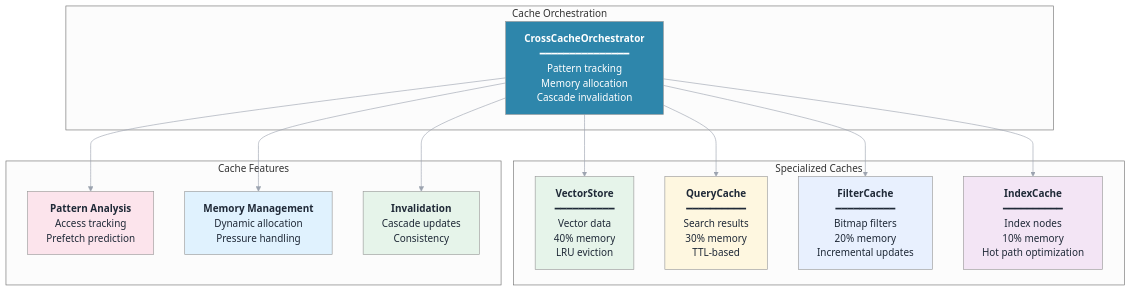
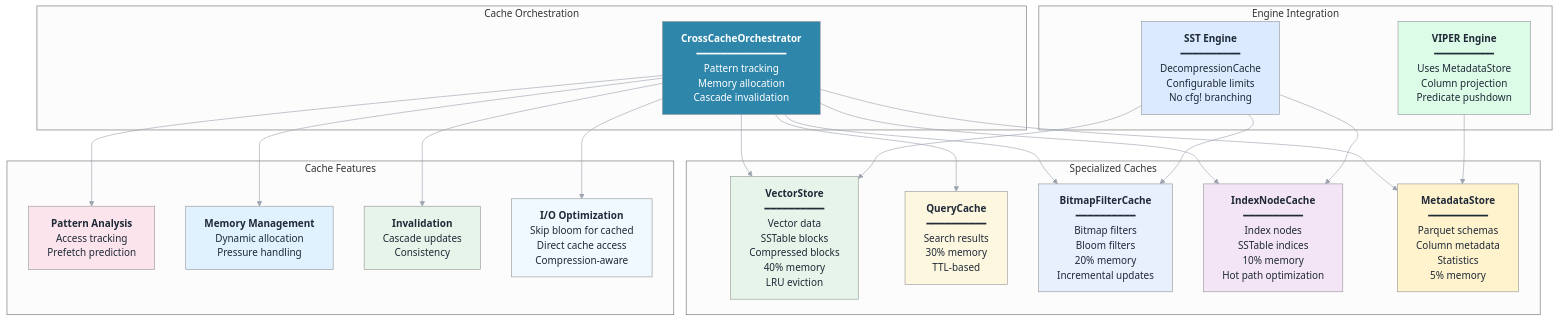
The diagram in docs/diagrams/technical-cache-architecture.mmd (vjsingh1984/proximaDB), drawn with Mermaid before and after one commit. The commit also changed 250 other files, not shown here.

```diff
--- a/docs/diagrams/technical-cache-architecture.mmd
+++ b/docs/diagrams/technical-cache-architecture.mmd
@@ -1,41 +1,64 @@
 %%{init: {'theme':'neutral', 'themeVariables': {'primaryColor':'#3b82f6','primaryTextColor':'#1f2937','primaryBorderColor':'#6b7280','lineColor':'#9ca3af','secondaryColor':'#10b981','tertiaryColor':'#f59e0b','background':'transparent','mainBkg':'#f3f4f6','secondBkg':'#e5e7eb','textColor':'#1f2937'}}}%%
 graph TB
     subgraph "Cache Orchestration"
         Orchestrator[<b>CrossCacheOrchestrator</b><br/>━━━━━━━━━━━━━━━<br/>Pattern tracking<br/>Memory allocation<br/>Cascade invalidation]
     end
     
     subgraph "Specialized Caches"
-        VectorCache[<b>VectorStore</b><br/>━━━━━━━━━━<br/>Vector data<br/>40% memory<br/>LRU eviction]
+        VectorCache[<b>VectorStore</b><br/>━━━━━━━━━━<br/>Vector data<br/>SSTable blocks<br/>Compressed blocks<br/>40% memory<br/>LRU eviction]
         
         QueryCache[<b>QueryCache</b><br/>━━━━━━━━━━<br/>Search results<br/>30% memory<br/>TTL-based]
         
-        FilterCache[<b>FilterCache</b><br/>━━━━━━━━━━<br/>Bitmap filters<br/>20% memory<br/>Incremental updates]
+        FilterCache[<b>BitmapFilterCache</b><br/>━━━━━━━━━━<br/>Bitmap filters<br/>Bloom filters<br/>20% memory<br/>Incremental updates]
         
-        IndexCache[<b>IndexCache</b><br/>━━━━━━━━━━<br/>Index nodes<br/>10% memory<br/>Hot path optimization]
+        IndexCache[<b>IndexNodeCache</b><br/>━━━━━━━━━━<br/>Index nodes<br/>SSTable indices<br/>10% memory<br/>Hot path optimization]
+        
+        MetadataCache[<b>MetadataStore</b><br/>━━━━━━━━━━<br/>Parquet schemas<br/>Column metadata<br/>Statistics<br/>5% memory]
+    end
+    
+    subgraph "Engine Integration"
+        SSTEngine[<b>SST Engine</b><br/>━━━━━━━━━━<br/>DecompressionCache<br/>Configurable limits<br/>No cfg! branching]
+        
+        VIPEREngine[<b>VIPER Engine</b><br/>━━━━━━━━━━<br/>Uses MetadataStore<br/>Column projection<br/>Predicate pushdown]
+        
     end
     
     subgraph "Cache Features"
         Pattern[<b>Pattern Analysis</b><br/>Access tracking<br/>Prefetch prediction]
         
         Memory[<b>Memory Management</b><br/>Dynamic allocation<br/>Pressure handling]
         
         Invalidation[<b>Invalidation</b><br/>Cascade updates<br/>Consistency]
+        
+        Optimization[<b>I/O Optimization</b><br/>Skip bloom for cached<br/>Direct cache access<br/>Compression-aware]
     end
     
     Orchestrator --> VectorCache
     Orchestrator --> QueryCache
     Orchestrator --> FilterCache
     Orchestrator --> IndexCache
+    Orchestrator --> MetadataCache
+    
+    SSTEngine --> VectorCache
+    SSTEngine --> IndexCache
+    SSTEngine --> FilterCache
+    
+    VIPEREngine --> MetadataCache
     
     Orchestrator --> Pattern
     Orchestrator --> Memory
     Orchestrator --> Invalidation
+    Orchestrator --> Optimization
     
     style Orchestrator fill:#2E86AB,color:#fff
     style VectorCache fill:#e6f4ea
     style QueryCache fill:#fef7e0
     style FilterCache fill:#e8f0fe
     style IndexCache fill:#f3e5f5
+    style MetadataCache fill:#fff3cd
     style Pattern fill:#fce4ec
     style Memory fill:#e0f2fe
     style Invalidation fill:#e6f4ea
+    style Optimization fill:#f0f9ff
+    style SSTEngine fill:#dbeafe
+    style VIPEREngine fill:#dcfce7
```
